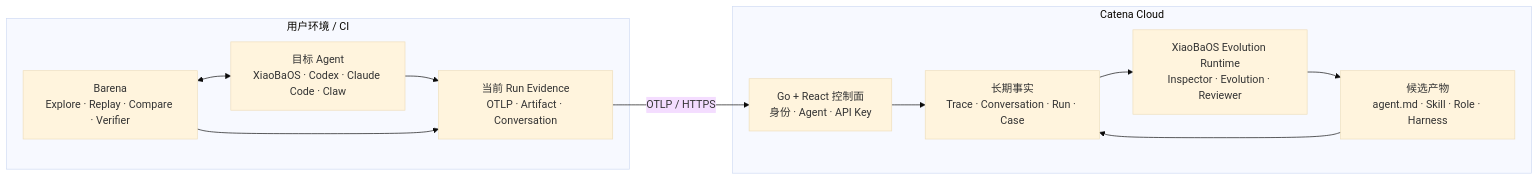
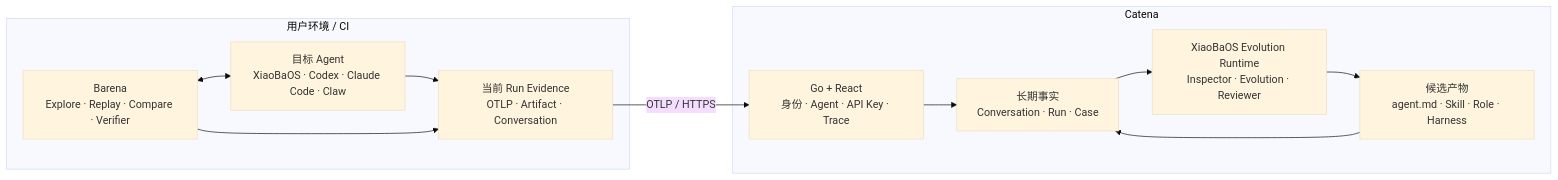
One commit to fightheyyy/CATENA changed the diagram in README.md. Above: the diagram before and after it, drawn with Mermaid (base theme). The commit also changed other lines of this file and 8087 other files, not shown here.

````diff
--- a/README.md
+++ b/README.md
@@ -35,22 +34,22 @@
 ```mermaid
 flowchart LR
     subgraph Edge["用户环境 / CI"]
         Agent["目标 Agent<br/>XiaoBaOS · Codex · Claude Code · Claw"]
         Barena["Barena<br/>Explore · Replay · Compare · Verifier"]
         Evidence["当前 Run Evidence<br/>OTLP · Artifact · Conversation"]
         Barena <--> Agent
         Agent --> Evidence
         Barena --> Evidence
     end
 
-    subgraph Cloud["Catena Cloud"]
-        Core["Go + React 控制面<br/>身份 · Agent · API Key"]
-        Facts["长期事实<br/>Trace · Conversation · Run · Case"]
+    subgraph Cloud["Catena"]
+        Core["Go + React<br/>身份 · Agent · API Key · Trace"]
+        Facts["长期事实<br/>Conversation · Run · Case"]
         Runtime["XiaoBaOS Evolution Runtime<br/>Inspector · Evolution · Reviewer"]
         Assets["候选产物<br/>agent.md · Skill · Role · Harness"]
         Core --> Facts --> Runtime --> Assets
         Assets --> Facts
     end
 
     Evidence -->|"OTLP / HTTPS"| Core
 ```
````
